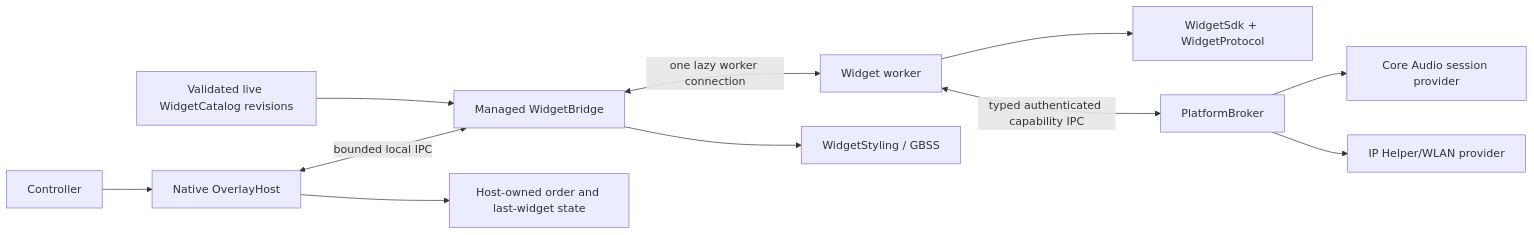
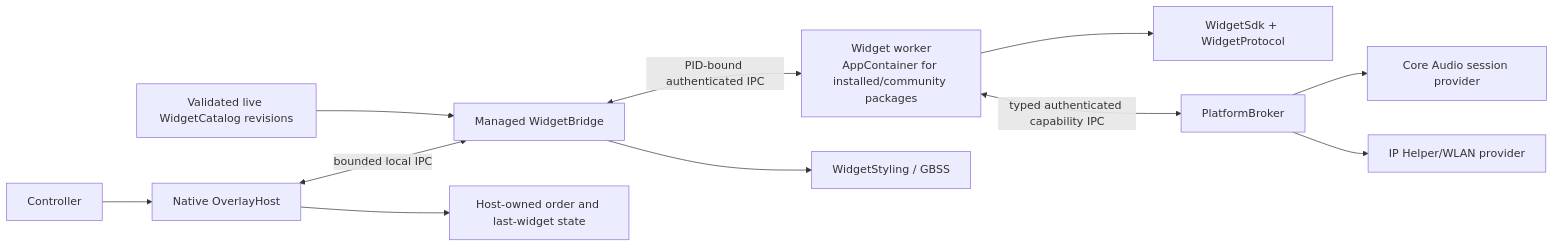
Before and after one commit to sandwi-dev/WidgetRail: the diagram in docs/platform-architecture.md, drawn with Mermaid. The commit also changed other lines of this file and 38 other files, not shown here.

Commit message:
feat: isolate community widget workers

````diff
--- a/docs/platform-architecture.md
+++ b/docs/platform-architecture.md
@@ -10,13 +10,13 @@
 ```mermaid
 flowchart LR
     Controller["Controller"] --> Host["Native OverlayHost"]
     Host <-->|"bounded local IPC"| Bridge["Managed WidgetBridge"]
-    Bridge <-->|"one lazy worker connection"| Worker["Widget worker"]
+    Bridge <-->|"PID-bound authenticated IPC"| Worker["Widget worker<br/>AppContainer for installed/community packages"]
     Worker --> SDK["WidgetSdk + WidgetProtocol"]
     Bridge --> Styling["WidgetStyling / GBSS"]
     Worker <-->|"typed authenticated capability IPC"| Broker["PlatformBroker"]
     Broker --> Audio["Core Audio session provider"]
     Broker --> Network["IP Helper/WLAN provider"]
     Host --> State["Host-owned order and last-widget state"]
     Catalog["Validated live WidgetCatalog revisions"] --> Bridge
 ```
````
